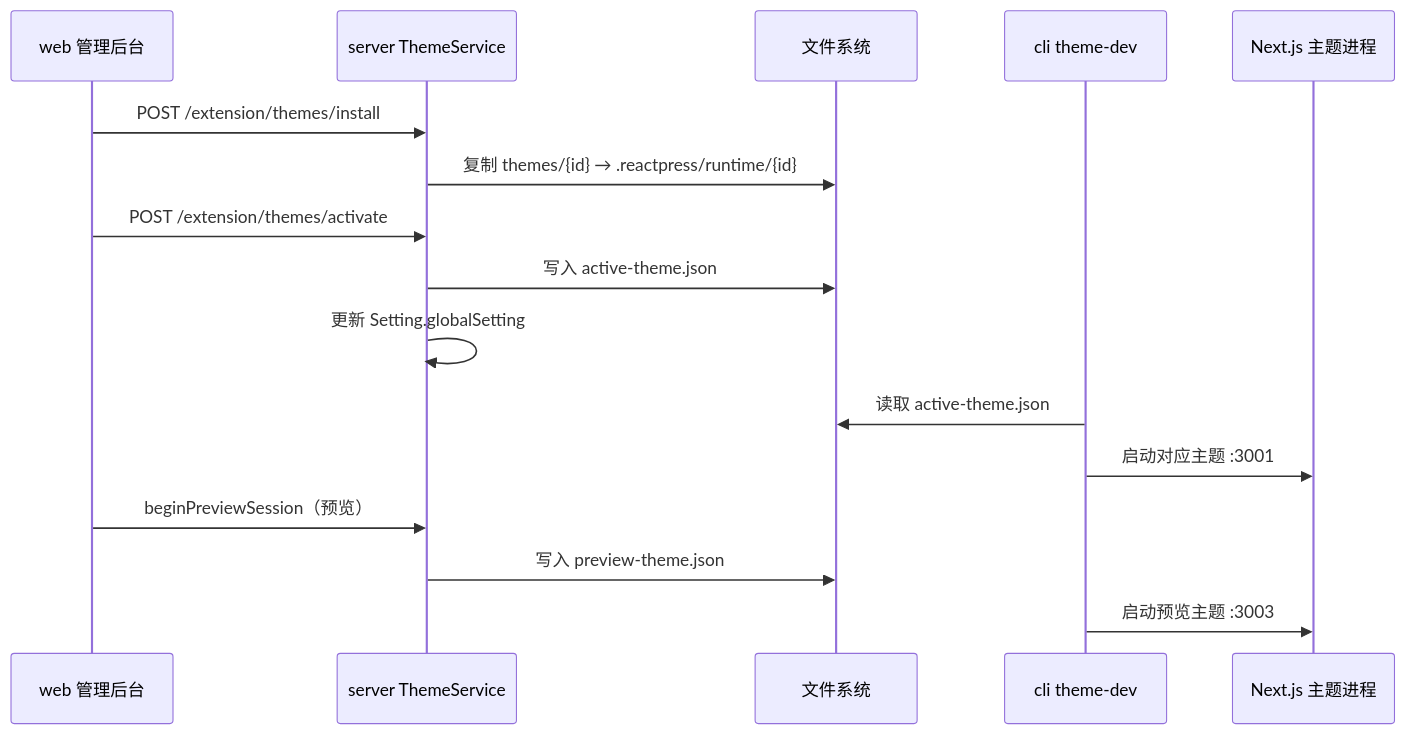
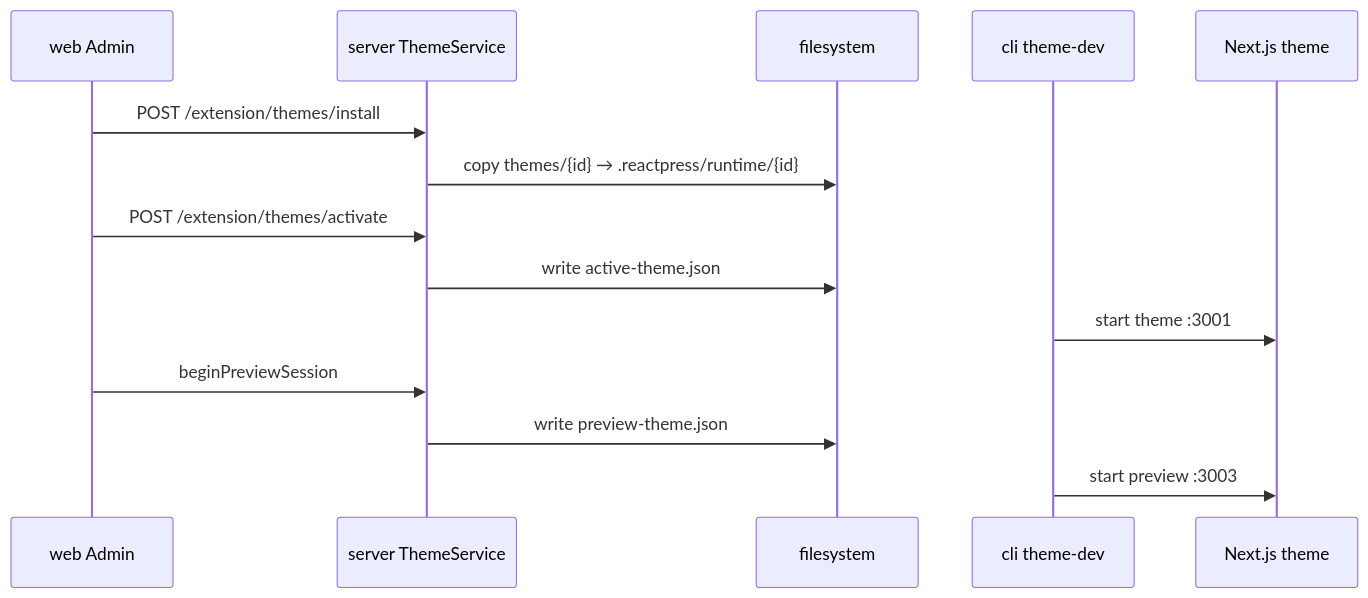
Before and after one commit to fecommunity/reactpress: the sixth of 8 diagrams in ARCHITECTURE.md, drawn with Mermaid. The commit also changed other lines of this file and 4 other files, not shown here.

Commit message:
docs: merge design.md into ARCHITECTURE.md, update content structure and enhance clarity for ReactPress 4.0 documentation

````diff
--- a/ARCHITECTURE.md
+++ b/ARCHITECTURE.md
@@ -418,19 +769,17 @@
 ```mermaid
 sequenceDiagram
-  participant Admin as web 管理后台
+  participant Admin as web Admin
   participant API as server ThemeService
-  participant FS as 文件系统
+  participant FS as filesystem
   participant CLI as cli theme-dev
-  participant Next as Next.js 主题进程
+  participant Next as Next.js theme
 
   Admin->>API: POST /extension/themes/install
-  API->>FS: 复制 themes/{id} → .reactpress/runtime/{id}
+  API->>FS: copy themes/{id} → .reactpress/runtime/{id}
   Admin->>API: POST /extension/themes/activate
-  API->>FS: 写入 active-theme.json
-  API->>API: 更新 Setting.globalSetting
-  CLI->>FS: 读取 active-theme.json
-  CLI->>Next: 启动对应主题 :3001
-  Admin->>API: beginPreviewSession（预览）
-  API->>FS: 写入 preview-theme.json
-  CLI->>Next: 启动预览主题 :3003
+  API->>FS: write active-theme.json
+  CLI->>Next: start theme :3001
+  Admin->>API: beginPreviewSession
+  API->>FS: write preview-theme.json
+  CLI->>Next: start preview :3003
 ```
````
